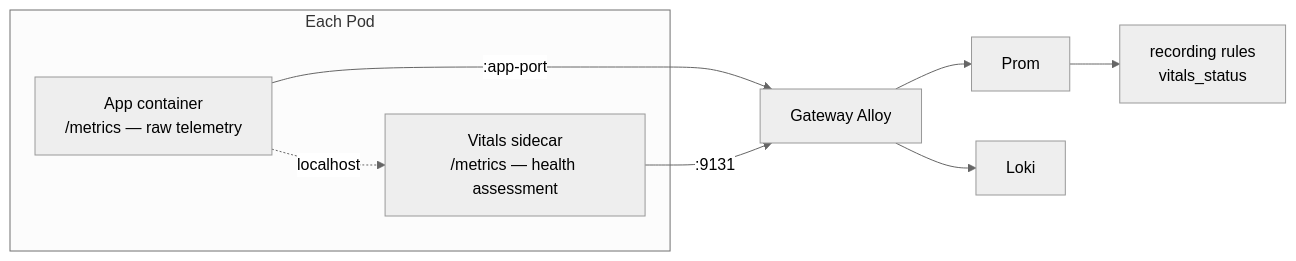
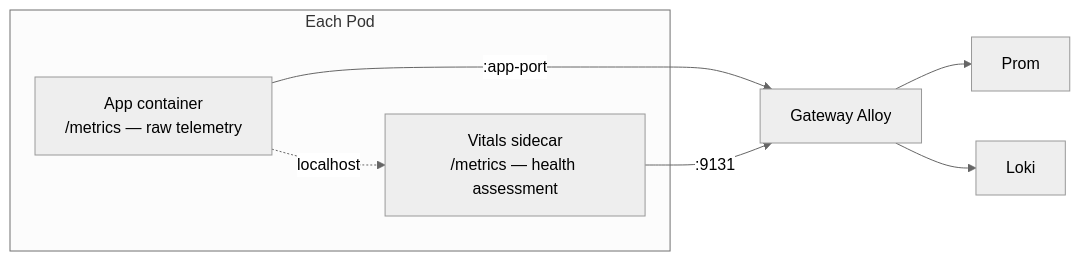
The first of 2 diagrams in docs/reference/patterns/observability-contract.md (Kord96/kordinate), drawn with Mermaid (neutral theme) before and after one commit. The commit also changed other lines of this file, not shown here.

First line of the commit message:
docs: remove recording rules from observability contract [scribe]

````diff
--- a/docs/reference/patterns/observability-contract.md
+++ b/docs/reference/patterns/observability-contract.md
@@ -7,13 +7,12 @@
 ```mermaid
 flowchart LR
     subgraph pod[Each Pod]
         APP[App container<br/>/metrics — raw telemetry]
         VIT[Vitals sidecar<br/>/metrics — health assessment]
         APP -.->|localhost| VIT
     end
 
     APP -->|:app-port| GA[Gateway Alloy]
     VIT -->|:9131| GA
     GA --> P[Prom] & L[Loki]
-    P --> RR[recording rules<br/>vitals_status]
 ```
````
